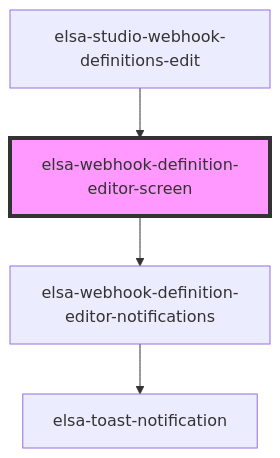
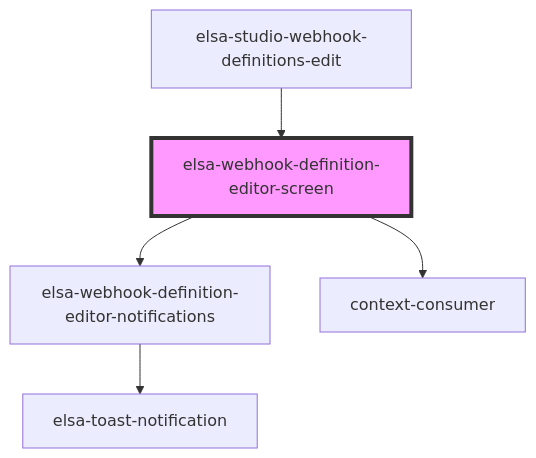
Before and after one commit to elsa-workflows/elsa-core: the diagram in src/designer/elsa-workflows-studio/src/components/screens/webhook-definition-editor/elsa-webhook-definition-editor-screen/readme.md, drawn with Mermaid. The commit also changed other lines of this file and 22 other files, not shown here.

````diff
--- a/src/designer/elsa-workflows-studio/src/components/screens/webhook-definition-editor/elsa-webhook-definition-editor-screen/readme.md
+++ b/src/designer/elsa-workflows-studio/src/components/screens/webhook-definition-editor/elsa-webhook-definition-editor-screen/readme.md
@@ -52,7 +54,8 @@
 ```mermaid
 graph TD;
   elsa-webhook-definition-editor-screen --> elsa-webhook-definition-editor-notifications
+  elsa-webhook-definition-editor-screen --> context-consumer
   elsa-webhook-definition-editor-notifications --> elsa-toast-notification
   elsa-studio-webhook-definitions-edit --> elsa-webhook-definition-editor-screen
   style elsa-webhook-definition-editor-screen fill:#f9f,stroke:#333,stroke-width:4px
 ```
````
